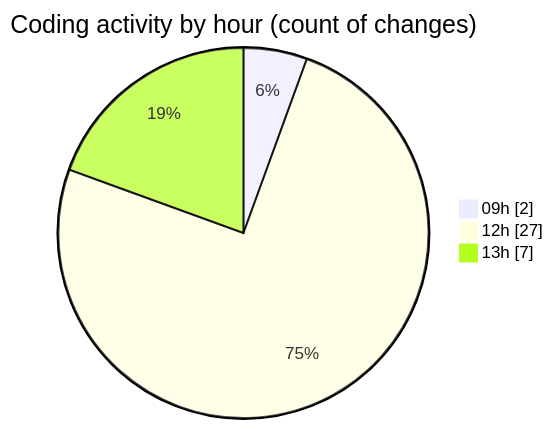
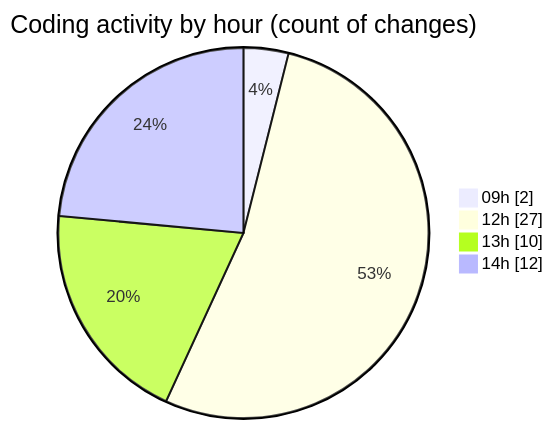
One commit to momahboobian/code-tracking changed the second of 2 diagrams in 2025-11-06/cda/README.md. Above: the diagram before and after it, drawn with Mermaid. The commit also changed other lines of this file and 1 other file, not shown here.

````diff
--- a/2025-11-06/cda/README.md
+++ b/2025-11-06/cda/README.md
@@ -34,7 +52,8 @@
 ```mermaid
 pie showData
 title Coding activity by hour (count of changes)
 "09h" : 2
 "12h" : 27
-"13h" : 7
+"13h" : 10
+"14h" : 12
 ```
````
